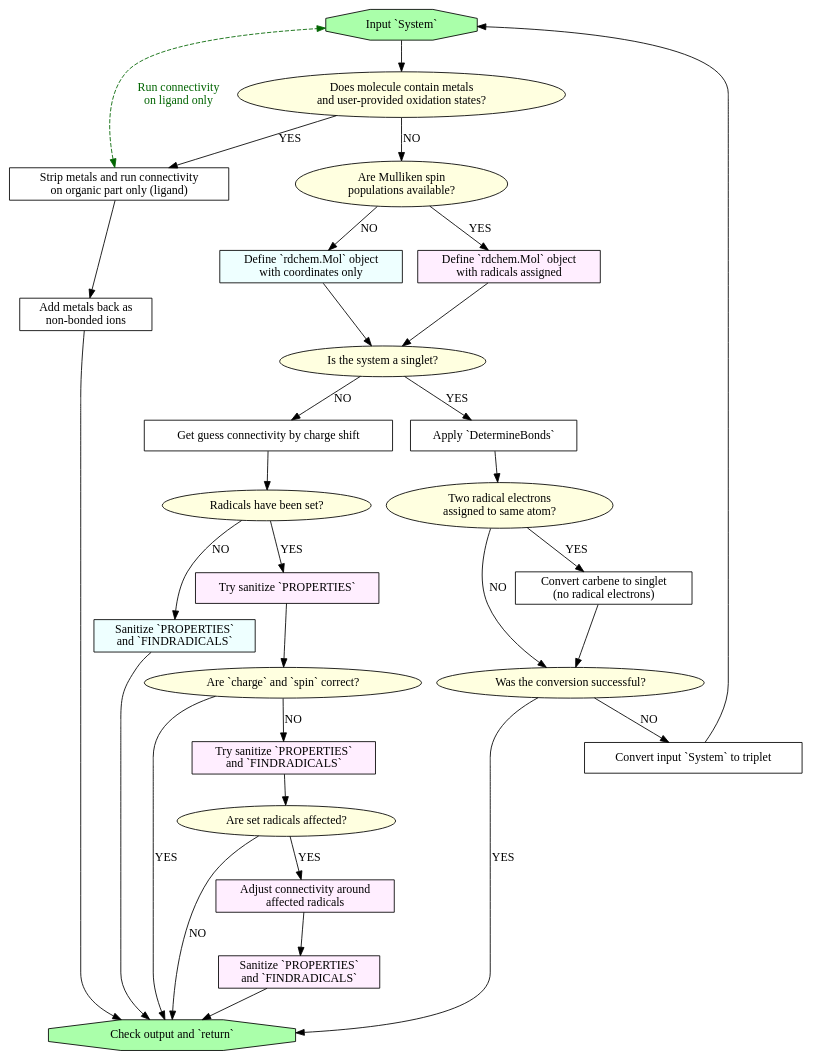
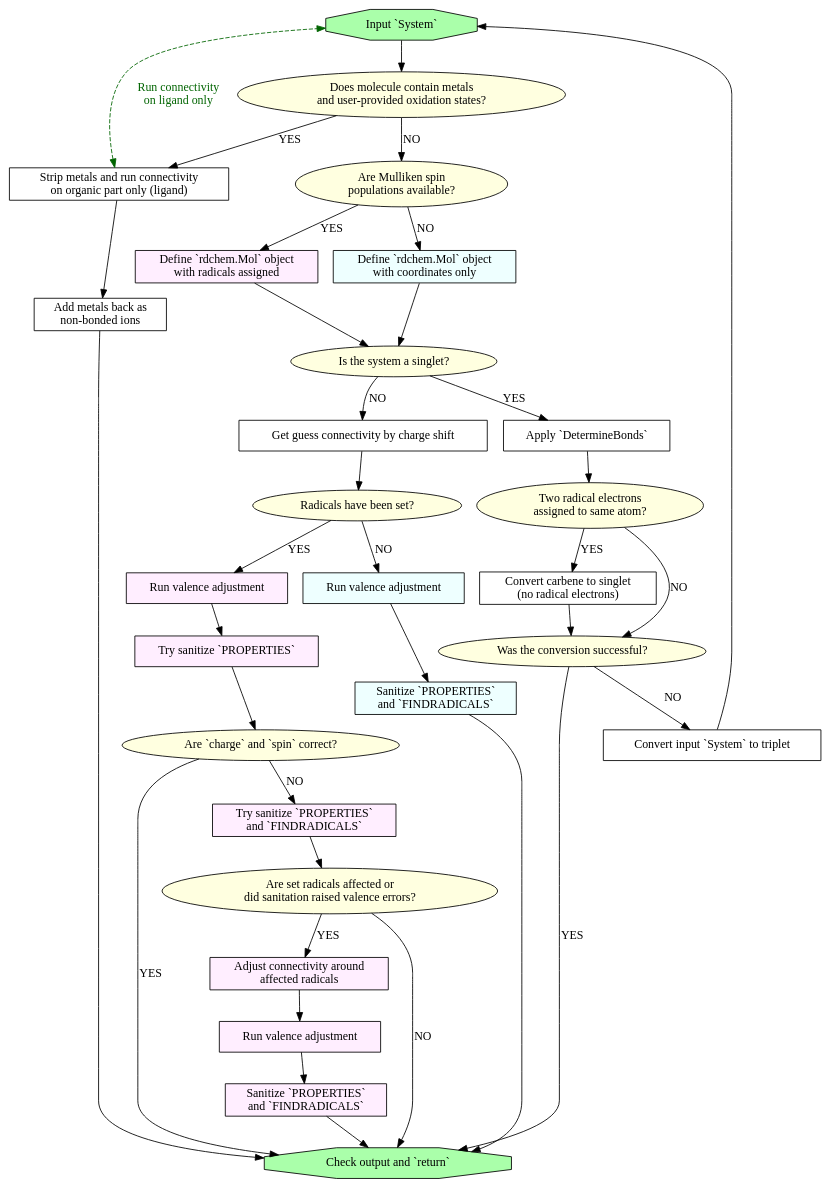
One commit to hbar-team/SPyCCI changed the diagram in docs/Guide/cheminformatics.md. Above: the diagram before and after it, drawn with Graphviz. The commit also changed other lines of this file and 1 other file, not shown here.

Commit message:
Documentation update with new valence adjustment feature

````diff
--- a/docs/Guide/cheminformatics.md
+++ b/docs/Guide/cheminformatics.md
@@ -62,16 +64,19 @@
 	node [fillcolor="#FFEEFF" shape=rect style=filled]
 	MolWithRadicals [label="Define `rdchem.Mol` object
 with radicals assigned"]
+	ValenceAdjMullFirst [label="Run valence adjustment"]
 	TrySanitizeProps [label="Try sanitize `PROPERTIES`"]
 	TrySanitizePropsRadicals [label="Try sanitize `PROPERTIES`
 and `FINDRADICALS`"]
 	AdjustRadicalConnectivity [label="Adjust connectivity around
 affected radicals"]
+	ValenceAdjMullFinal [label="Run valence adjustment"]
 	SanitizeFinal [label="Sanitize `PROPERTIES`
 and `FINDRADICALS`"]
 	node [fillcolor="#EEFFFF" shape=rect style=filled]
 	MolCoordsOnly [label="Define `rdchem.Mol` object
 with coordinates only"]
+	ValenceAdjNoMull [label="Run valence adjustment"]
 	SanitizeProps [label="Sanitize `PROPERTIES`
 and `FINDRADICALS`"]
 	node [fillcolor=lightyellow shape=ellipse style=filled]
@@ -85,7 +90,8 @@
 	ConversionSuccess [label="Was the conversion successful?"]
 	RadicalsAssigned [label="Radicals have been set?"]
 	ChargeSpinCorrect [label="Are `charge` and `spin` correct?"]
-	RadicalsAffected [label="Are set radicals affected?"]
+	RadicalsAffected [label="Are set radicals affected or
+did sanitation raised valence errors?"]
 	Start -> HasMetals
 	HasMetals -> HasMulliken [label=NO]
 	HasMetals -> StripMetals [label=YES]
@@ -107,16 +113,19 @@
 	ConvertTriplet -> Start
 	IsSinglet -> GuessConnectivity [label=NO]
 	GuessConnectivity -> RadicalsAssigned
-	RadicalsAssigned -> SanitizeProps [label=NO]
+	RadicalsAssigned -> ValenceAdjNoMull [label=NO]
+	ValenceAdjNoMull -> SanitizeProps
 	SanitizeProps -> End
-	RadicalsAssigned -> TrySanitizeProps [label=YES]
+	RadicalsAssigned -> ValenceAdjMullFirst [label=YES]
+	ValenceAdjMullFirst -> TrySanitizeProps
 	TrySanitizeProps -> ChargeSpinCorrect
 	ChargeSpinCorrect -> End [label=YES]
 	ChargeSpinCorrect -> TrySanitizePropsRadicals [label=NO]
 	TrySanitizePropsRadicals -> RadicalsAffected
 	RadicalsAffected -> End [label=NO]
 	RadicalsAffected -> AdjustRadicalConnectivity [label=YES]
-	AdjustRadicalConnectivity -> SanitizeFinal
+	AdjustRadicalConnectivity -> ValenceAdjMullFinal
+	ValenceAdjMullFinal -> SanitizeFinal
 	SanitizeFinal -> End
 }
 ```
````
